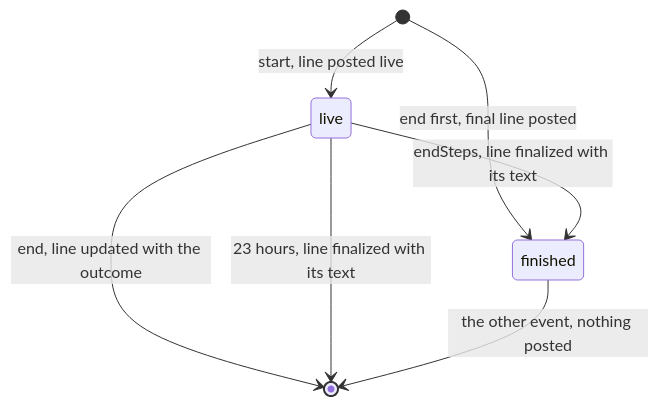
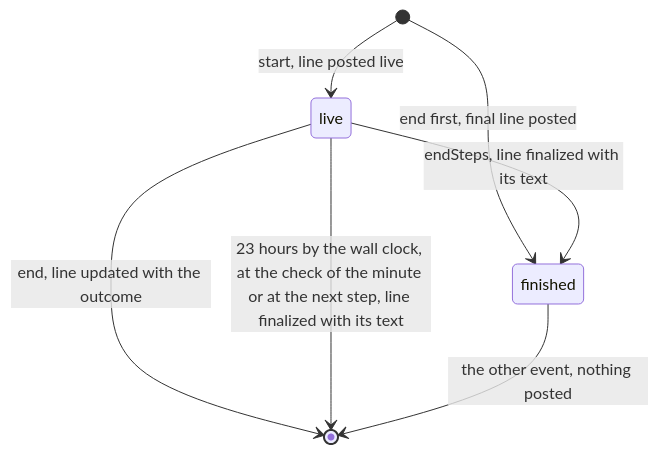
The second of 3 diagrams in plans/2026-11-12-mcp-activity.md (simplex-chat/simplex-chat), drawn with Mermaid before and after one commit. The commit also changed other lines of this file and 7 other files, not shown here.

Commit message:
mcp: end live step lines by the wall clock

````diff
--- a/plans/2026-11-12-mcp-activity.md
+++ b/plans/2026-11-12-mcp-activity.md
@@ -251,9 +255,9 @@
 ```mermaid
 stateDiagram-v2
   [*] --> live: start, line posted live
   [*] --> finished: end first, final line posted
   live --> [*]: end, line updated with the outcome
   live --> finished: endSteps, line finalized with its text
-  live --> [*]: 23 hours, line finalized with its text
+  live --> [*]: 23 hours by the wall clock, at the check of the minute or at the next step, line finalized with its text
   finished --> [*]: the other event, nothing posted
 ```
````
